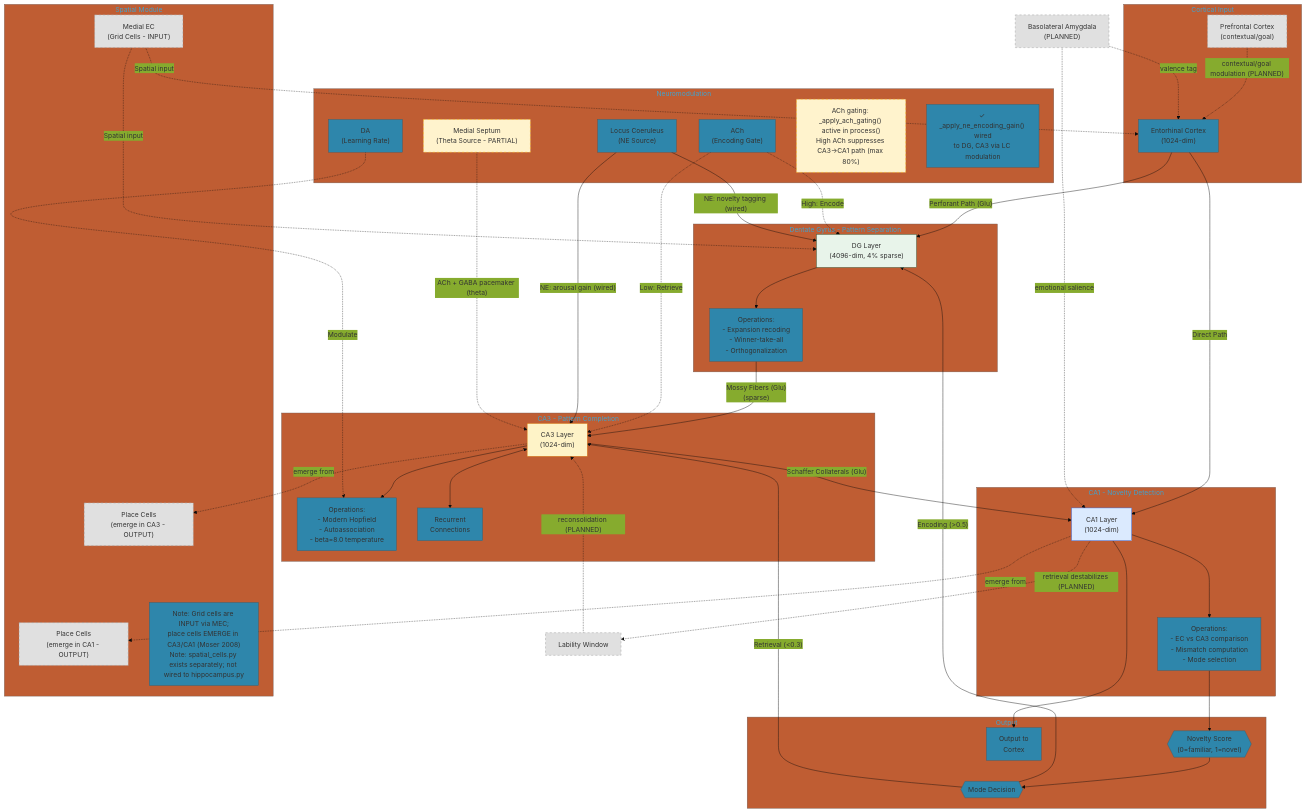
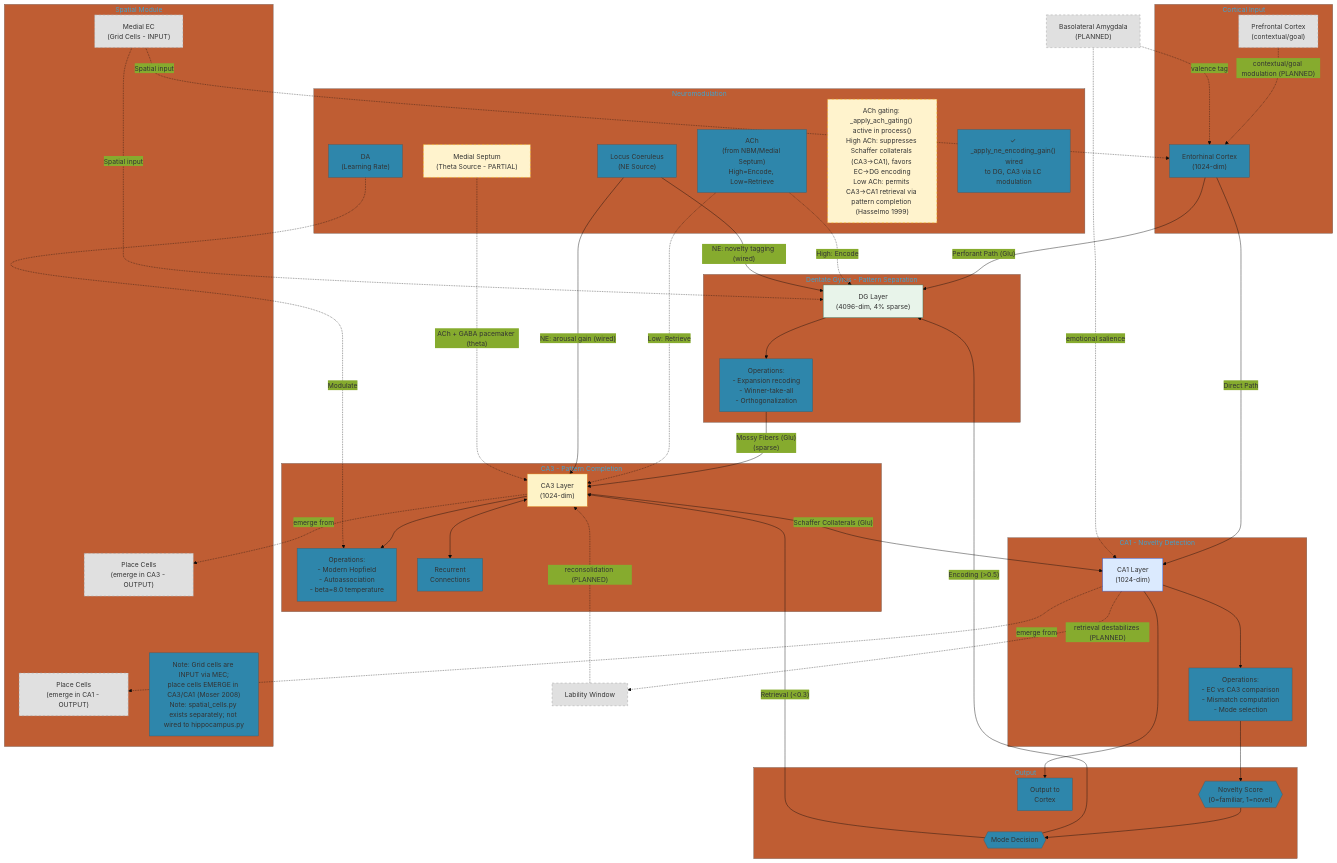
The diagram in docs/diagrams/hippocampal_circuit.mermaid (astoreyai/t4d), drawn with Mermaid before and after one commit. The commit also changed 217 other files, not shown here.

First line of the commit message:
Sprint 1: Code cleanup, T4DX hardening, architecture diagrams, bio corrections

```diff
--- a/docs/diagrams/hippocampal_circuit.mermaid
+++ b/docs/diagrams/hippocampal_circuit.mermaid
@@ -1,95 +1,95 @@
 %%{init: {'theme': 'base', 'themeVariables': { 'primaryColor': '#2e86ab'}}}%%
 flowchart TB
     subgraph Input["Cortical Input"]
         EC["Entorhinal Cortex<br/>(1024-dim)"]
         PFC["Prefrontal Cortex<br/>(contextual/goal)"]:::planned
     end
 
     PFC -.->|"contextual/goal modulation (PLANNED)"| EC
 
     subgraph DG_Block["Dentate Gyrus - Pattern Separation"]
         DG["DG Layer<br/>(4096-dim, 4% sparse)"]
         DG_OP["Operations:<br/>- Expansion recoding<br/>- Winner-take-all<br/>- Orthogonalization"]
     end
 
     subgraph CA3_Block["CA3 - Pattern Completion"]
         CA3["CA3 Layer<br/>(1024-dim)"]
         CA3_OP["Operations:<br/>- Modern Hopfield<br/>- Autoassociation<br/>- beta=8.0 temperature"]
         REC["Recurrent<br/>Connections"]
     end
 
     subgraph CA1_Block["CA1 - Novelty Detection"]
         CA1["CA1 Layer<br/>(1024-dim)"]
         CA1_OP["Operations:<br/>- EC vs CA3 comparison<br/>- Mismatch computation<br/>- Mode selection"]
     end
 
     subgraph Output["Output"]
         NOV{{"Novelty Score<br/>(0=familiar, 1=novel)"}}
         MODE{{"Mode Decision"}}
         OUT["Output to<br/>Cortex"]
     end
 
     subgraph Grid["Spatial Module"]
         MEC_GRID["Medial EC<br/>(Grid Cells - INPUT)"]:::planned
         PLACE_CA1["Place Cells<br/>(emerge in CA1 - OUTPUT)"]:::planned
         PLACE_CA3["Place Cells<br/>(emerge in CA3 - OUTPUT)"]:::planned
         GRID_NOTE["Note: Grid cells are INPUT via MEC;<br/>place cells EMERGE in CA3/CA1 (Moser 2008)<br/>Note: spatial_cells.py exists separately; not wired to hippocampus.py"]
     end
 
     %% Main pathway
     EC -->|"Perforant Path (Glu)"| DG
     DG --> DG_OP
     DG_OP -->|"Mossy Fibers (Glu)<br/>(sparse)"| CA3
     CA3 --> CA3_OP
     CA3 <--> REC
     CA3 -->|"Schaffer Collaterals (Glu)"| CA1
     EC -->|"Direct Path"| CA1
     CA1 --> CA1_OP
 
     %% Outputs
     CA1_OP --> NOV
     NOV --> MODE
     MODE -->|"Encoding (>0.5)"| DG
     MODE -->|"Retrieval (<0.3)"| CA3
     CA1 --> OUT
 
     %% Reconsolidation pathway
     CA1 -.->|"retrieval destabilizes (PLANNED)"| LABILITY["Lability Window"]:::planned
     LABILITY -.->|"reconsolidation (PLANNED)"| CA3
 
     %% Spatial cells: Grid cells (EC) feed INTO hippocampus
     %% Place cells EMERGE in CA3/CA1 (Moser 2008)
     MEC_GRID -.->|"Spatial input"| DG
     MEC_GRID -.->|"Spatial input"| EC
     CA3 -.->|"emerge from"| PLACE_CA3
     CA1 -.->|"emerge from"| PLACE_CA1
 
     %% Amygdala input
     BLA["Basolateral Amygdala<br/>(PLANNED)"]:::planned
     BLA -.->|"emotional salience"| CA1
     BLA -.->|"valence tag"| EC
 
     %% Neuromodulation
     subgraph NM["Neuromodulation"]
-        ACH["ACh<br/>(Encoding Gate)"]
+        ACH["ACh<br/>(from NBM/Medial Septum)<br/>High=Encode, Low=Retrieve"]
         DA["DA<br/>(Learning Rate)"]
         LC["Locus Coeruleus<br/>(NE Source)"]
         MS["Medial Septum<br/>(Theta Source - PARTIAL)"]:::partial
-        ACH_NOTE["ACh gating: _apply_ach_gating() active in process()<br/>High ACh suppresses CA3→CA1 path (max 80%)"]
+        ACH_NOTE["ACh gating: _apply_ach_gating() active in process()<br/>High ACh: suppresses Schaffer collaterals (CA3→CA1), favors EC→DG encoding<br/>Low ACh: permits CA3→CA1 retrieval via pattern completion (Hasselmo 1999)"]
         NE_NOTE["✓ _apply_ne_encoding_gain() wired<br/>to DG, CA3 via LC modulation"]
     end
 
     ACH -.->|"High: Encode"| DG
     ACH -.->|"Low: Retrieve"| CA3
     DA -.->|"Modulate"| CA3_OP
     LC -->|"NE: novelty tagging (wired)"| DG
     LC -->|"NE: arousal gain (wired)"| CA3
     MS -.->|"ACh + GABA pacemaker (theta)"| CA3
 
     classDef partial fill:#fff3cd,stroke:#ffc107,stroke-dasharray: 5 5
     classDef planned fill:#e0e0e0,stroke:#999,stroke-dasharray: 5 5
     class ACH_NOTE partial
 
     style DG fill:#e8f4ea,stroke:#2d6a4f
     style CA3 fill:#fef3c7,stroke:#d97706
     style CA1 fill:#dbeafe,stroke:#2563eb
```
